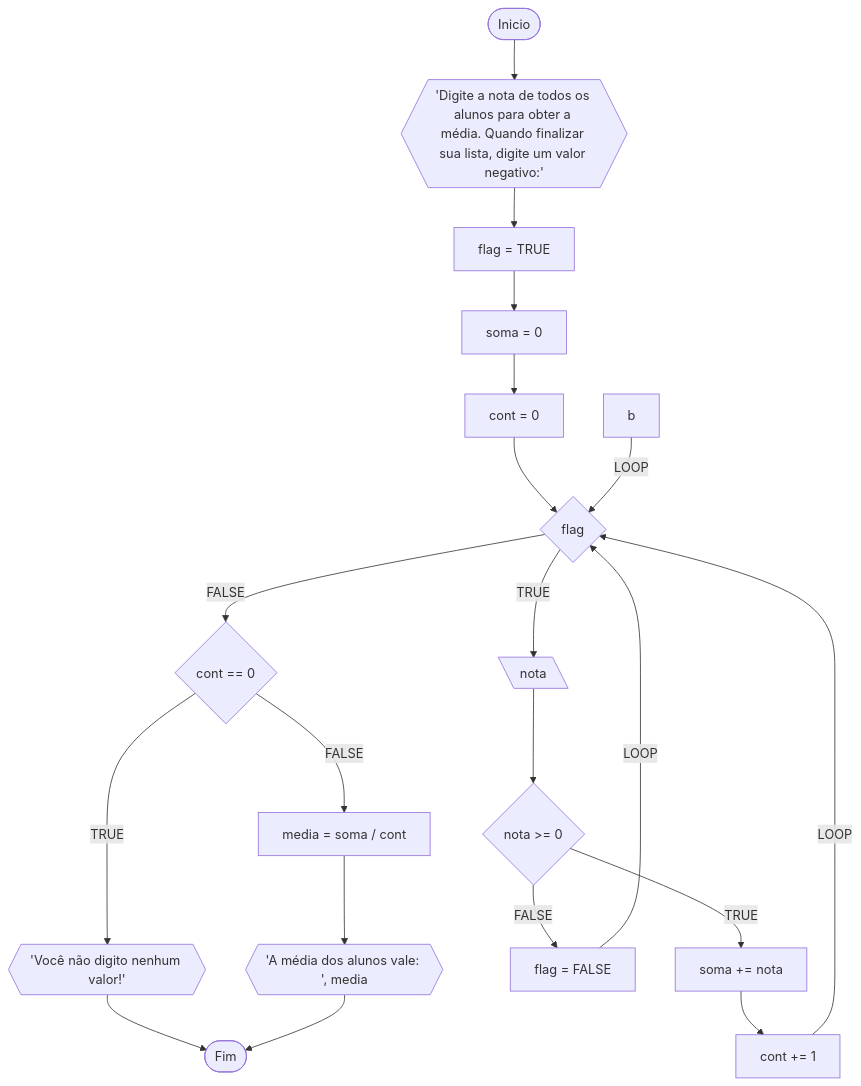
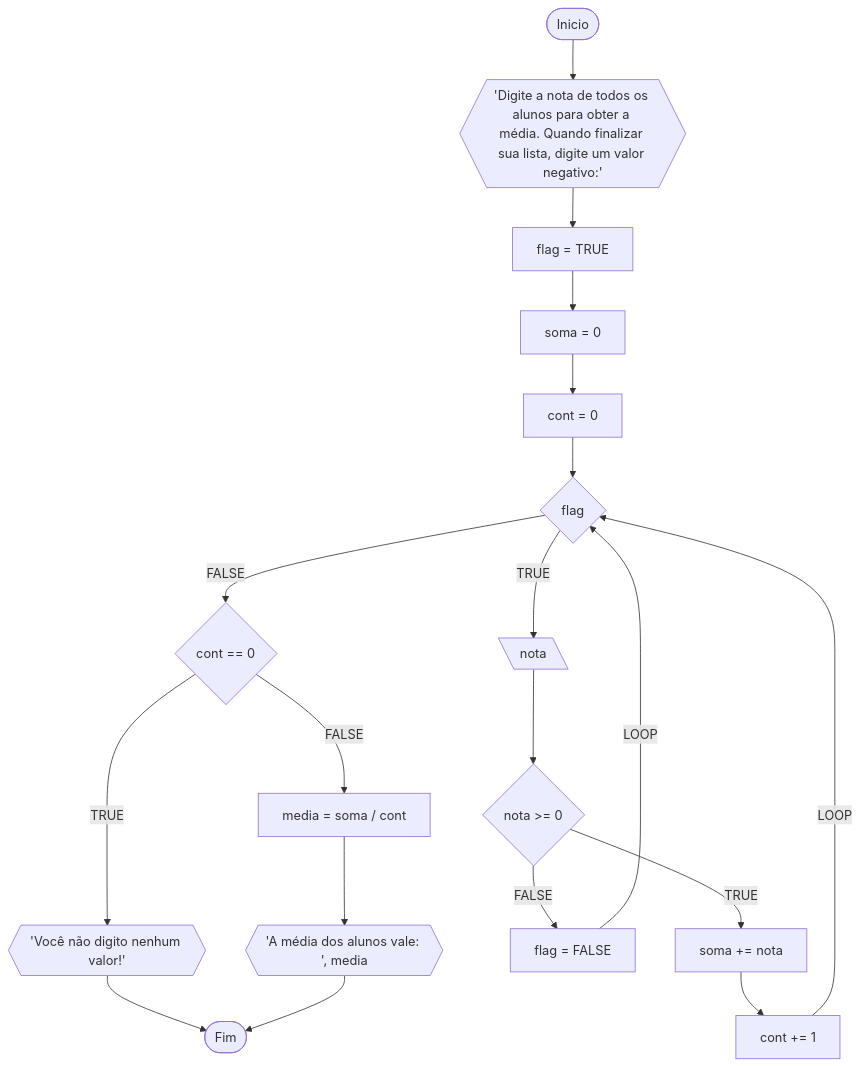
One commit to stuffxdd/Unifor changed the fourth of 4 diagrams in RLA/unidade 1/lista3.md. Above: the diagram before and after it, drawn with Mermaid.

````diff
--- a/RLA/unidade 1/lista3.md
+++ b/RLA/unidade 1/lista3.md
@@ -160,20 +160,19 @@
 ```mermaid
 flowchart TD
 A([Inicio]) --> B{{'Digite a nota de todos os alunos para obter a média. Quando finalizar sua lista, digite um valor negativo:'}}
 B --> D[flag = TRUE]
 D --> E[soma = 0]
 E --> F[cont = 0]
 F --> G{flag}
 G --FALSE--> c{cont == 0} --FALSE--> H[media = soma / cont]
 c --TRUE--> d{{'Você não digito nenhum valor!'}} --> Z
 H --> I{{'A média dos alunos vale: ', media}} --> Z
 G --TRUE--> J[\nota\]
 J --> L{nota >= 0}
 L --FALSE--> M[flag = FALSE] --LOOP--> G
-b --LOOP--> G
 L --TRUE--> N[soma += nota]
 N --> O[cont += 1]
 O --LOOP--> G
 
 Z([Fim])
 ```
````
